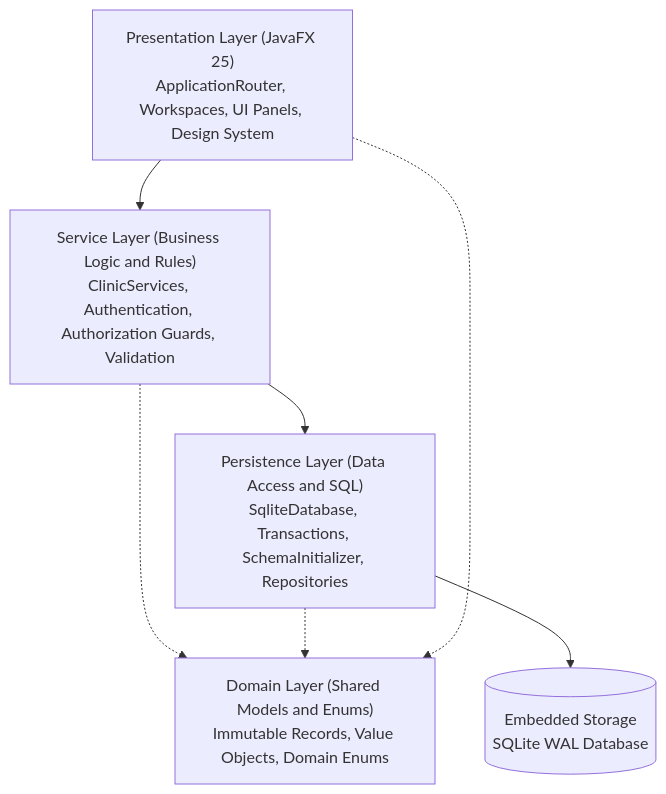
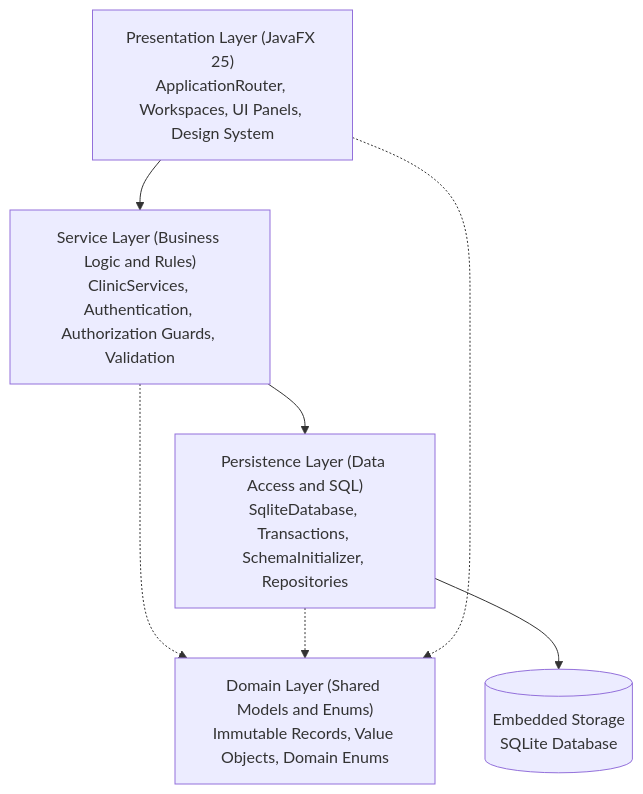
One commit to CS3227-2610-MP2-NUSynapxe/CS3227-2610-MP2 changed the first of 13 diagrams in docs/ArchitectureAndDesign.md. Above: the diagram before and after it, drawn with Mermaid. The commit also changed other lines of this file and 4 other files, not shown here.

````diff
--- a/docs/ArchitectureAndDesign.md
+++ b/docs/ArchitectureAndDesign.md
@@ -18,15 +18,15 @@
 ```mermaid
 flowchart TD
     UI["Presentation Layer (JavaFX 25)<br/>ApplicationRouter, Workspaces, UI Panels, Design System"]
     SVC["Service Layer (Business Logic and Rules)<br/>ClinicServices, Authentication, Authorization Guards, Validation"]
     REPO["Persistence Layer (Data Access and SQL)<br/>SqliteDatabase, Transactions, SchemaInitializer, Repositories"]
     DOM["Domain Layer (Shared Models and Enums)<br/>Immutable Records, Value Objects, Domain Enums"]
-    DB[("Embedded Storage<br/>SQLite WAL Database")]
+    DB[("Embedded Storage<br/>SQLite Database")]
 
     UI --> SVC
     SVC --> REPO
     SVC -.-> DOM
     REPO -.-> DOM
     UI -.-> DOM
     REPO --> DB
 ```
````
